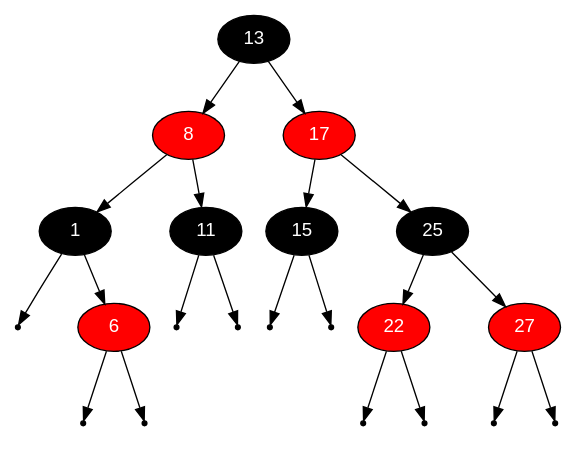
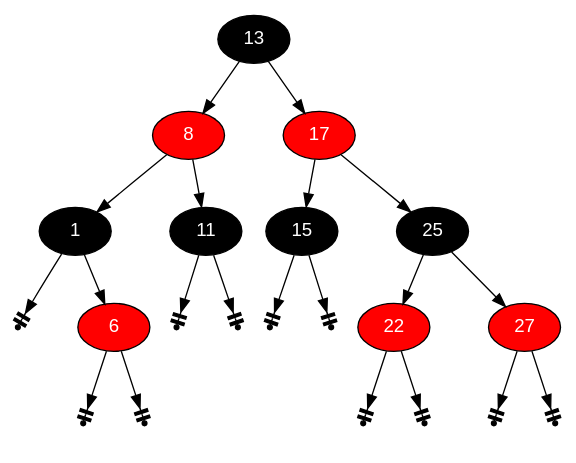
The diagram in slides/graphs/rb-tree-1.dot (aaronbloomfield/pdr), drawn with Graphviz before and after one commit. The commit also changed 2 other files, not shown here.

```diff
--- a/slides/graphs/rb-tree-1.dot
+++ b/slides/graphs/rb-tree-1.dot
@@ -1,86 +1,86 @@
 digraph G {
 	graph [fontname = "Helvetica"];
 	node [fontname = "Helvetica"];
 	edge [fontname = "Helvetica"];
 
 	13 [style=filled, fillcolor=black, fontcolor=white];
 	13 -> 8;
 	m13 [label="", width=0.1, style=invis];
 	13 -> m13 [style=invis];
 	17 [style=filled, fillcolor=red, fontcolor=white];
 	13 -> 17;
 	{rank=same 8 -> m13 -> 17 [style=invis]};
 	
 	8 [style=filled, fillcolor=red, fontcolor=white];
 	1 [style=filled, fillcolor=black, fontcolor=white];
 	8 -> 1;
 	m8 [label="", width=0.1, style=invis];
 	8 -> m8 [style=invis];
 	11 [style=filled, fillcolor=black, fontcolor=white];
 	8 -> 11;
 	{rank=same 1 -> m8 -> 11 [style=invis]};
 
 	l1 [shape=point];
-	1 -> l1;
+	1 -> l1 [arrowhead=teeteenormal];
 	m1 [label="", width=0.1, style=invis];
 	1 -> m1 [style=invis];
 	6 [style=filled, fillcolor=red, fontcolor=white];
 	1 -> 6;
 	{rank=same l1 -> m1 -> 6 [style=invis]};
 
 	15 [style=filled, fillcolor=black, fontcolor=white];
 	17 -> 15;
 	m17 [label="", width=0.1, style=invis];
 	17 -> m17 [style=invis];
 	25 [style=filled, fillcolor=black, fontcolor=white];
 	17 -> 25;
 	{rank=same 15 -> m17 -> 25 [style=invis]};
 
 	22 [style=filled, fillcolor=red, fontcolor=white];
 	25 -> 22;
 	m25 [label="", width=0.1, style=invis];
 	25 -> m25 [style=invis];
 	27 [style=filled, fillcolor=red, fontcolor=white];
 	25 -> 27;
 	{rank=same 22 -> m25 -> 27 [style=invis]};
 
 	l6 [shape=point];
-	6 -> l6;
+	6 -> l6 [arrowhead=teeteenormal];
 	m6 [label="", width=0.1, style=invis];
 	6 -> m6 [style=invis];
 	r6 [shape=point];
-	6 -> r6;
+	6 -> r6 [arrowhead=teeteenormal];
 	{rank=same l6 -> m6 -> r6 [style=invis]};
 
 	l11 [shape=point];
-	11 -> l11;
+	11 -> l11 [arrowhead=teeteenormal];
 	m11 [label="", width=0.1, style=invis];
 	11 -> m11 [style=invis];
 	r11 [shape=point];
-	11 -> r11;
+	11 -> r11 [arrowhead=teeteenormal];
 	{rank=same l11 -> m11 -> r11 [style=invis]};
 	
 	l15 [shape=point];
-	15 -> l15;
+	15 -> l15 [arrowhead=teeteenormal];
 	m15 [label="", width=0.1, style=invis];
 	15 -> m15 [style=invis];
 	r15 [shape=point];
-	15 -> r15;
+	15 -> r15 [arrowhead=teeteenormal];
 	{rank=same l15 -> m15 -> r15 [style=invis]};
 	
 	l22 [shape=point];
-	22 -> l22;
+	22 -> l22 [arrowhead=teeteenormal];
 	m22 [label="", width=0.1, style=invis];
 	22 -> m22 [style=invis];
 	r22 [shape=point];
-	22 -> r22;
+	22 -> r22 [arrowhead=teeteenormal];
 	{rank=same l22 -> m22 -> r22 [style=invis]};
 	
 	l27 [shape=point];
-	27 -> l27;
+	27 -> l27 [arrowhead=teeteenormal];
 	m27 [label="", width=0.1, style=invis];
 	27 -> m27 [style=invis];
 	r27 [shape=point];
-	27 -> r27;
+	27 -> r27 [arrowhead=teeteenormal];
 	{rank=same l27 -> m27 -> r27 [style=invis]};
 }
```
